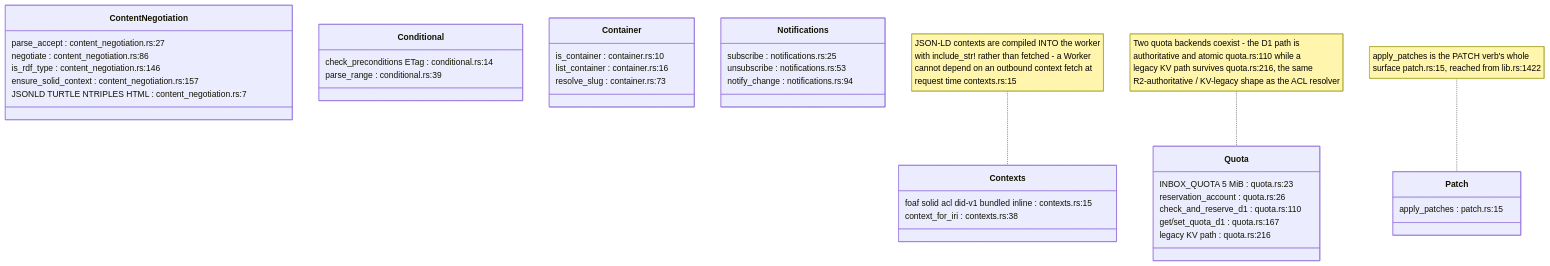
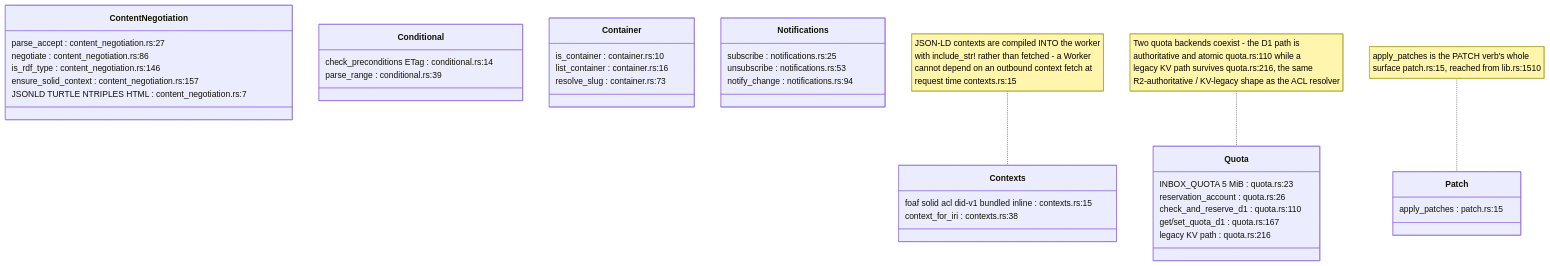
One commit to DreamLab-AI/VisionFlow changed the sixth of 10 diagrams in docs/diagrams/nostr-rust-forum/04-pod-worker-ldp-wac-and-delegation.md. Above: the diagram before and after it, drawn with Mermaid. The commit also changed other lines of this file and 160 other files, not shown here.

````diff
--- a/docs/diagrams/nostr-rust-forum/04-pod-worker-ldp-wac-and-delegation.md
+++ b/docs/diagrams/nostr-rust-forum/04-pod-worker-ldp-wac-and-delegation.md
@@ -174,42 +178,42 @@
 ```mermaid
 classDiagram
     class ContentNegotiation {
         parse_accept : content_negotiation.rs:27
         negotiate : content_negotiation.rs:86
         is_rdf_type : content_negotiation.rs:146
         ensure_solid_context : content_negotiation.rs:157
         JSONLD TURTLE NTRIPLES HTML : content_negotiation.rs:7
     }
     class Conditional {
         check_preconditions ETag : conditional.rs:14
         parse_range : conditional.rs:39
     }
     class Container {
         is_container : container.rs:10
         list_container : container.rs:16
         resolve_slug : container.rs:73
     }
     class Patch {
         apply_patches : patch.rs:15
     }
     class Notifications {
         subscribe : notifications.rs:25
         unsubscribe : notifications.rs:53
         notify_change : notifications.rs:94
     }
     class Contexts {
         foaf solid acl did-v1 bundled inline : contexts.rs:15
         context_for_iri : contexts.rs:38
     }
     class Quota {
         INBOX_QUOTA 5 MiB : quota.rs:23
         reservation_account : quota.rs:26
         check_and_reserve_d1 : quota.rs:110
         get/set_quota_d1 : quota.rs:167
         legacy KV path : quota.rs:216
     }
 
     note for Contexts "JSON-LD contexts are compiled INTO the worker<br/>with include_str! rather than fetched - a Worker<br/>cannot depend on an outbound context fetch at<br/>request time contexts.rs:15"
     note for Quota "Two quota backends coexist - the D1 path is<br/>authoritative and atomic quota.rs:110 while a<br/>legacy KV path survives quota.rs:216, the same<br/>R2-authoritative / KV-legacy shape as the ACL resolver"
-    note for Patch "apply_patches is the PATCH verb's whole<br/>surface patch.rs:15, reached from lib.rs:1422"
+    note for Patch "apply_patches is the PATCH verb's whole<br/>surface patch.rs:15, reached from lib.rs:1510"
 ```
````
